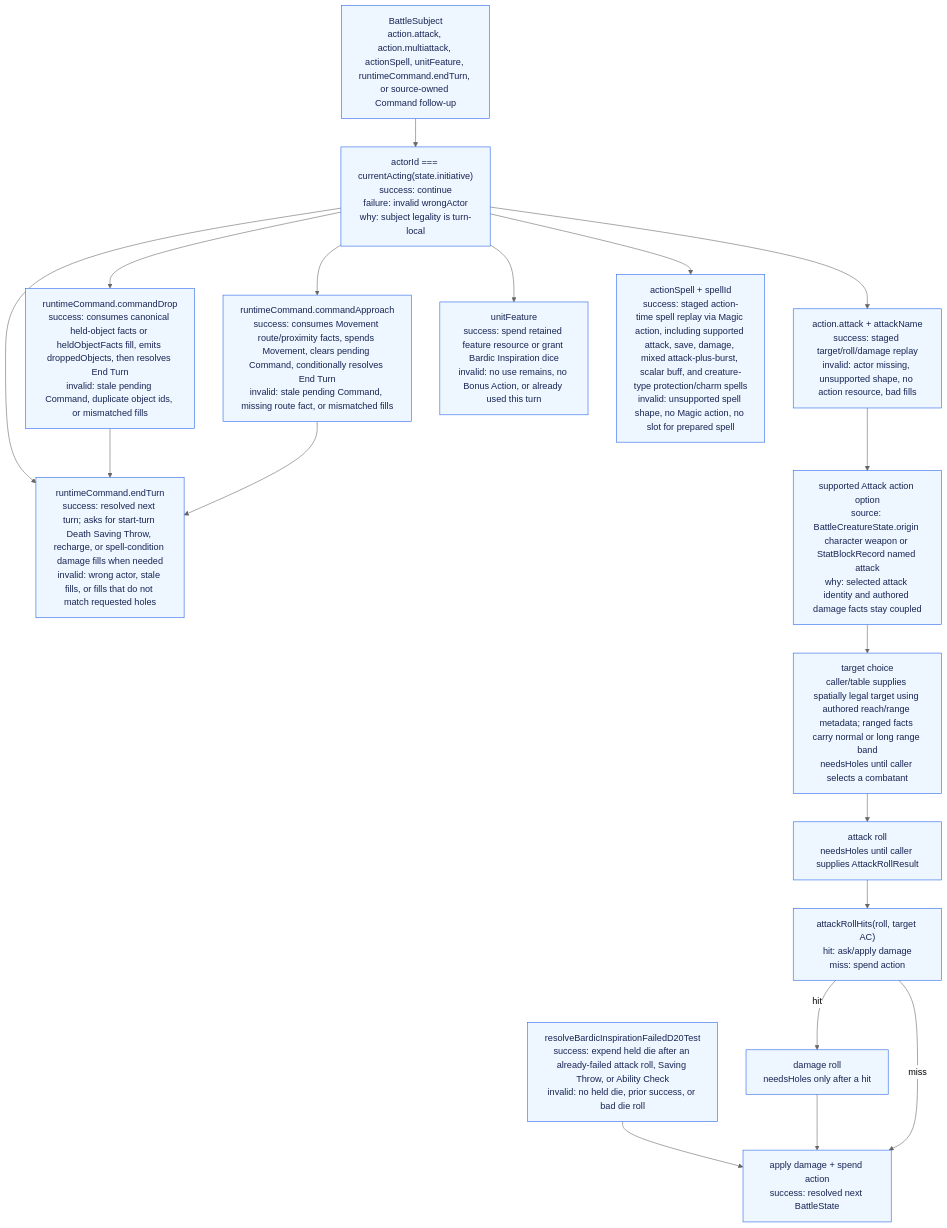
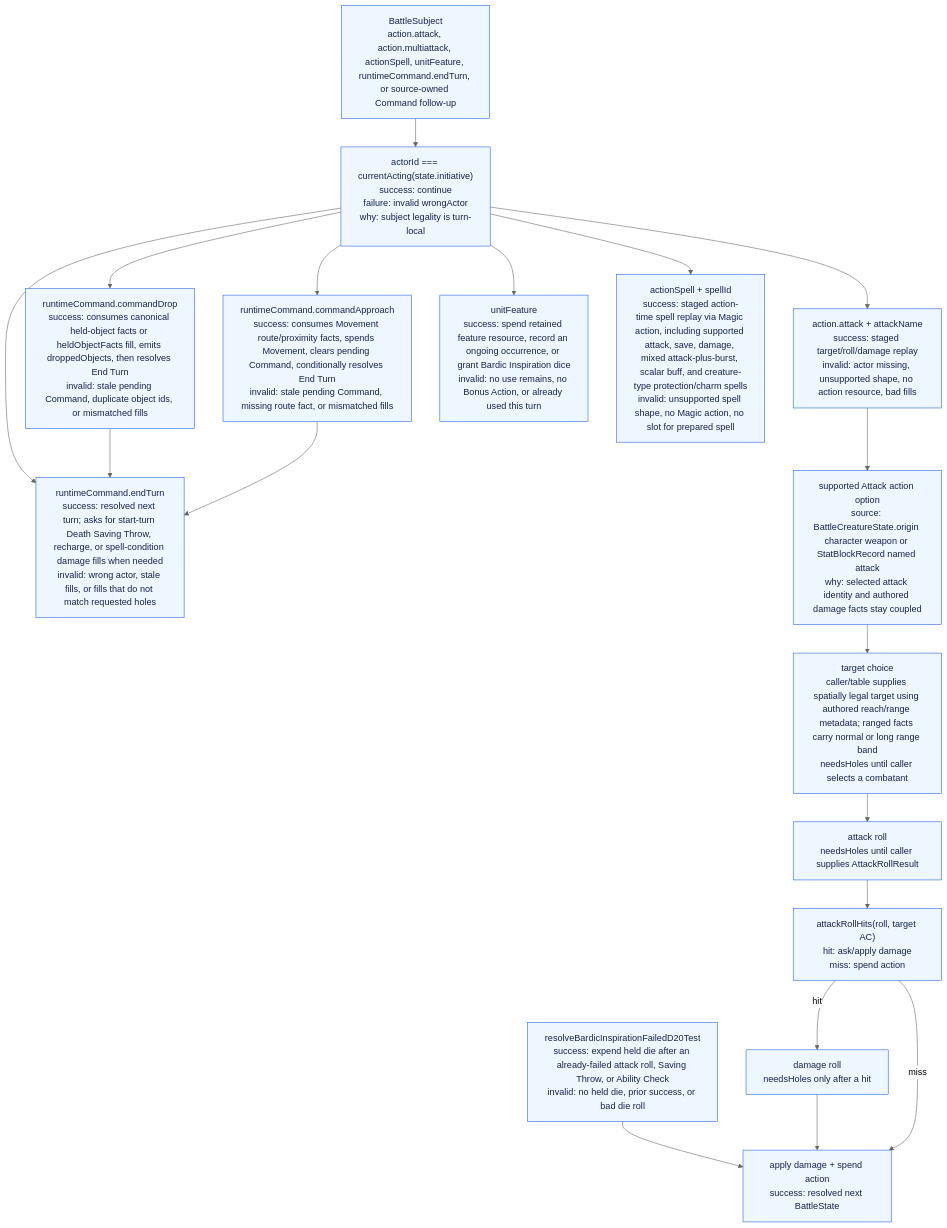
Before and after one commit to dearlordylord/5e-quint: the second of 2 diagrams in packages/battle-runtime/ARCHITECTURE_GRAPH.md, drawn with Mermaid (neutral theme). The commit also changed other lines of this file and 18 other files, not shown here.

````diff
--- a/packages/battle-runtime/ARCHITECTURE_GRAPH.md
+++ b/packages/battle-runtime/ARCHITECTURE_GRAPH.md
@@ -111,32 +111,32 @@
 ```mermaid
 flowchart TD
   Subject["BattleSubject<br/>action.attack, action.multiattack, actionSpell, unitFeature, runtimeCommand.endTurn, or source-owned Command follow-up"]
   CurrentActor["actorId === currentActing(state.initiative)<br/>success: continue<br/>failure: invalid wrongActor<br/>why: subject legality is turn-local"]
   EndTurn["runtimeCommand.endTurn<br/>success: resolved next turn; asks for start-turn Death Saving Throw, recharge, or spell-condition damage fills when needed<br/>invalid: wrong actor, stale fills, or fills that do not match requested holes"]
   CommandDrop["runtimeCommand.commandDrop<br/>success: consumes canonical held-object facts or heldObjectFacts fill, emits droppedObjects, then resolves End Turn<br/>invalid: stale pending Command, duplicate object ids, or mismatched fills"]
   CommandApproach["runtimeCommand.commandApproach<br/>success: consumes Movement route/proximity facts, spends Movement, clears pending Command, conditionally resolves End Turn<br/>invalid: stale pending Command, missing route fact, or mismatched fills"]
   Attack["action.attack + attackName<br/>success: staged target/roll/damage replay<br/>invalid: actor missing, unsupported shape, no action resource, bad fills"]
-  UnitFeature["unitFeature<br/>success: spend retained feature resource or grant Bardic Inspiration dice<br/>invalid: no use remains, no Bonus Action, or already used this turn"]
+  UnitFeature["unitFeature<br/>success: spend retained feature resource, record an ongoing occurrence, or grant Bardic Inspiration dice<br/>invalid: no use remains, no Bonus Action, or already used this turn"]
   BardicDieUse["resolveBardicInspirationFailedD20Test<br/>success: expend held die after an already-failed attack roll, Saving Throw, or Ability Check<br/>invalid: no held die, prior success, or bad die roll"]
   Magic["actionSpell + spellId<br/>success: staged action-time spell replay via Magic action, including supported attack, save, damage, mixed attack-plus-burst, scalar buff, and creature-type protection/charm spells<br/>invalid: unsupported spell shape, no Magic action, no slot for prepared spell"]
   AttackOption["supported Attack action option<br/>source: BattleCreatureState.origin character weapon or StatBlockRecord named attack<br/>why: selected attack identity and authored damage facts stay coupled"]
   Target["target choice<br/>caller/table supplies spatially legal target using authored reach/range metadata; ranged facts carry normal or long range band<br/>needsHoles until caller selects a combatant"]
   Roll["attack roll<br/>needsHoles until caller supplies AttackRollResult"]
   HitCheck["attackRollHits(roll, target AC)<br/>hit: ask/apply damage<br/>miss: spend action"]
   DamageHole["damage roll<br/>needsHoles only after a hit"]
   Apply["apply damage + spend action<br/>success: resolved next BattleState"]
 
   Subject --> CurrentActor
   CurrentActor --> EndTurn
   CurrentActor --> CommandDrop --> EndTurn
   CurrentActor --> CommandApproach --> EndTurn
   CurrentActor --> Attack --> AttackOption --> Target --> Roll --> HitCheck
   CurrentActor --> UnitFeature
   CurrentActor --> Magic
   BardicDieUse --> Apply
   HitCheck -->|hit| DamageHole --> Apply
   HitCheck -->|miss| Apply
 
   classDef implemented fill:#eef6ff,stroke:#2563eb,color:#172554;
   class Subject,CurrentActor,EndTurn,CommandDrop,CommandApproach,Attack,UnitFeature,BardicDieUse,Magic,AttackOption,Target,Roll,HitCheck,DamageHole,Apply implemented;
 ```
````
